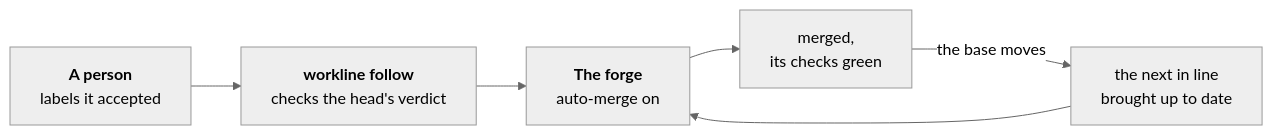
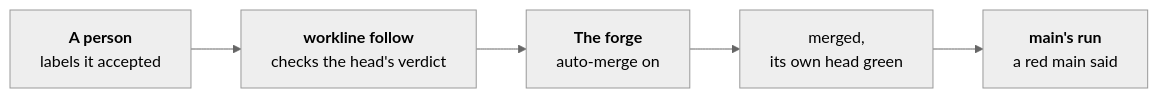
Before and after one commit to JN0V/workline: the diagram in docs/merge-policy.md, drawn with Mermaid (neutral theme). The commit also changed other lines of this file and 70 other files, not shown here.

Commit message:
feat(merge): drop strict up to date; main's run says a red main (#612)

````diff
--- a/docs/merge-policy.md
+++ b/docs/merge-policy.md
@@ -8,8 +8,7 @@
 ```mermaid
 flowchart LR
   yes["<b>A person</b><br/>labels it accepted"] --> follow["<b>workline follow</b><br/>checks the head's verdict"]
   follow --> on["<b>The forge</b><br/>auto-merge on"]
-  on --> merged["merged,<br/>its checks green"]
-  merged -- "the base moves" --> up["the next in line<br/>brought up to date"]
-  up --> on
+  on --> merged["merged,<br/>its own head green"]
+  merged --> main["<b>main's run</b><br/>a red main said"]
 ```
````
